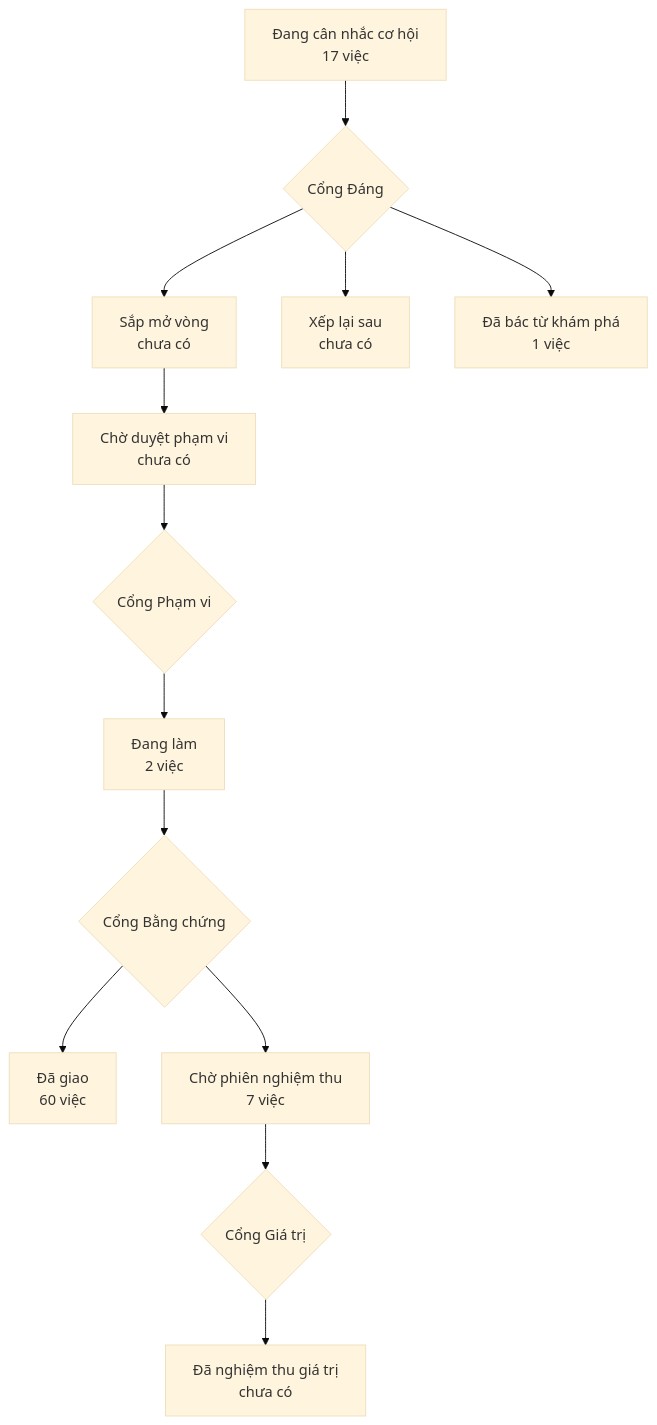
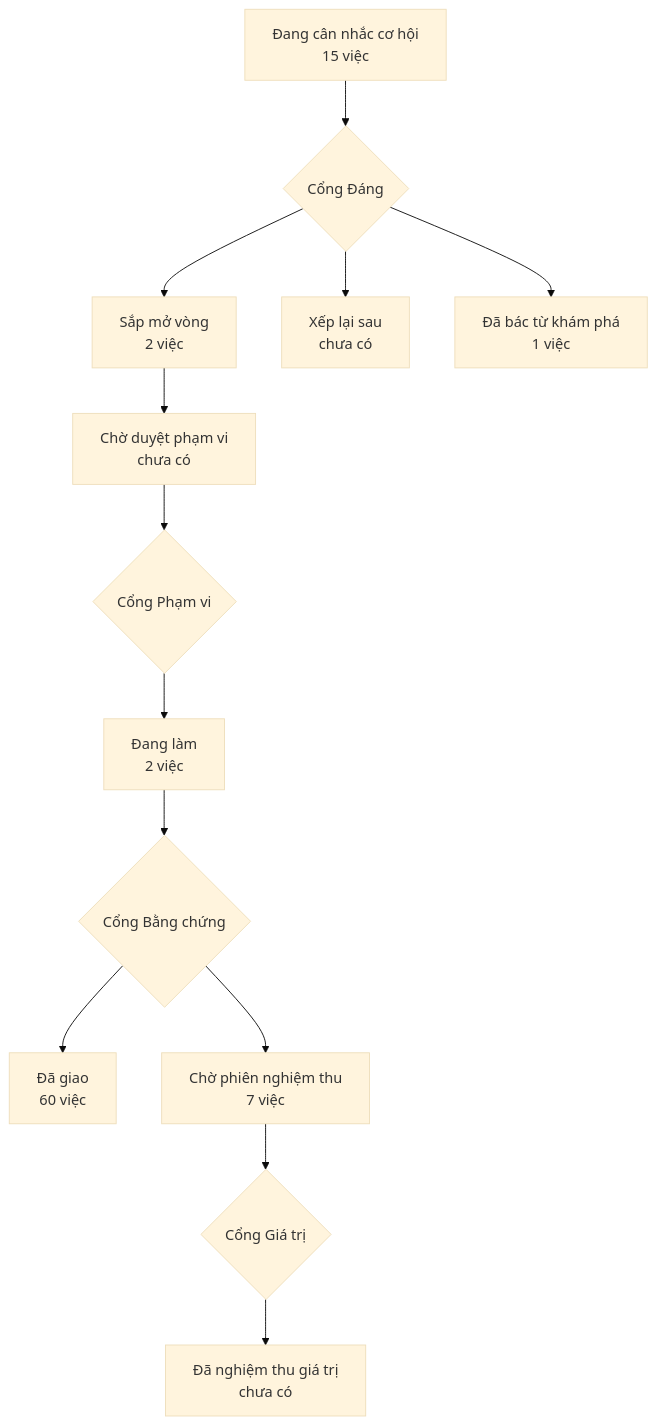
The diagram in PRODUCT-MAP.md (phanlemanh/acceptance-gate-kit), drawn with Mermaid (base theme) before and after one commit. The commit also changed other lines of this file and 2 other files, not shown here.

Commit message:
Gate Đáng signoff: nhanh-chinh-khong-ten-main + baseline-127-tin-hieu-phan-biet — Manh Phan, build, ngưỡng nguyên số đề xuất

````diff
--- a/PRODUCT-MAP.md
+++ b/PRODUCT-MAP.md
@@ -6,12 +6,12 @@
 ```mermaid
 flowchart TD
-  A["Đang cân nhắc cơ hội<br/>17 việc"] --> GD{"Cổng Đáng"}
-  GD --> B["Sắp mở vòng<br/>chưa có"]
+  A["Đang cân nhắc cơ hội<br/>15 việc"] --> GD{"Cổng Đáng"}
+  GD --> B["Sắp mở vòng<br/>2 việc"]
   GD --> XL["Xếp lại sau<br/>chưa có"]
   GD --> DB["Đã bác từ khám phá<br/>1 việc"]
   B --> CD["Chờ duyệt phạm vi<br/>chưa có"] --> GP{"Cổng Phạm vi"}
   GP --> DL["Đang làm<br/>2 việc"] --> GB{"Cổng Bằng chứng"}
   GB --> DG["Đã giao<br/>60 việc"]
   GB --> CN["Chờ phiên nghiệm thu<br/>7 việc"] --> GG{"Cổng Giá trị"}
   GG --> NT["Đã nghiệm thu giá trị<br/>chưa có"]
 ```
````
